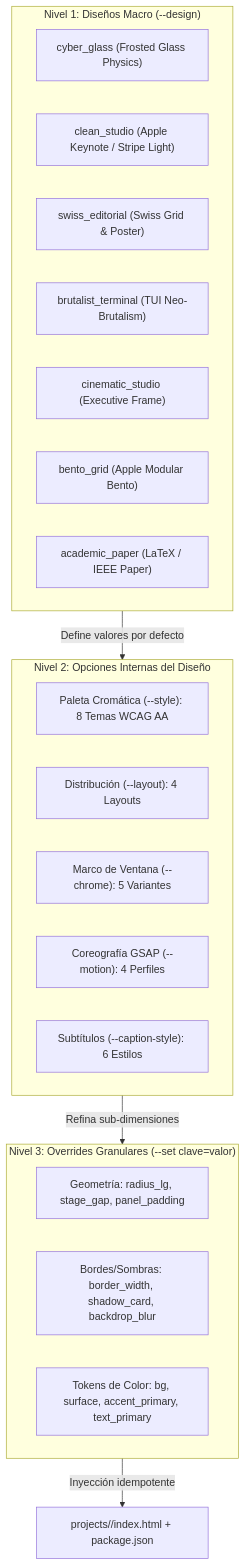
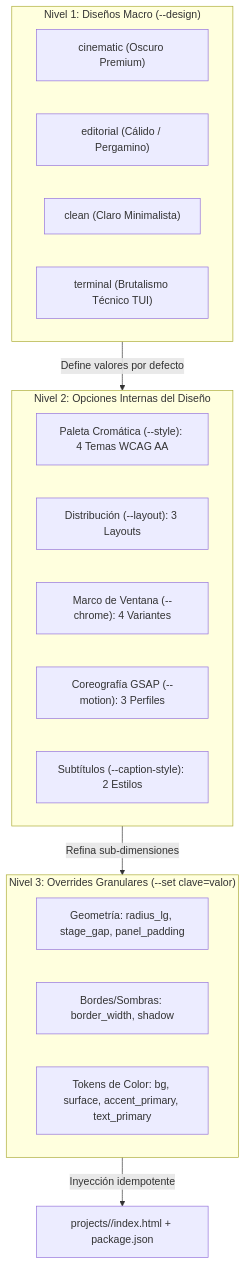
The diagram in docs/04-sistema-de-diseno/01-sistema-de-diseno-y-estilos.md (JorgeDoicela/video-pipeline), drawn with Mermaid before and after one commit. The commit also changed other lines of this file and 52 other files, not shown here.

````diff
--- a/docs/04-sistema-de-diseno/01-sistema-de-diseno-y-estilos.md
+++ b/docs/04-sistema-de-diseno/01-sistema-de-diseno-y-estilos.md
@@ -11,30 +11,27 @@
 ```mermaid
 flowchart TD
     subgraph N1 ["Nivel 1: Diseños Macro (--design)"]
-        D1["cyber_glass (Frosted Glass Physics)"]
-        D2["clean_studio (Apple Keynote / Stripe Light)"]
-        D3["swiss_editorial (Swiss Grid & Poster)"]
-        D4["brutalist_terminal (TUI Neo-Brutalism)"]
-        D5["cinematic_studio (Executive Frame)"]
-        D6["bento_grid (Apple Modular Bento)"]
-        D7["academic_paper (LaTeX / IEEE Paper)"]
+        D1["cinematic (Oscuro Premium)"]
+        D2["editorial (Cálido / Pergamino)"]
+        D3["clean (Claro Minimalista)"]
+        D4["terminal (Brutalismo Técnico TUI)"]
     end
 
     subgraph N2 ["Nivel 2: Opciones Internas del Diseño"]
-        S["Paleta Cromática (--style): 8 Temas WCAG AA"]
-        L["Distribución (--layout): 4 Layouts"]
-        C["Marco de Ventana (--chrome): 5 Variantes"]
-        M["Coreografía GSAP (--motion): 4 Perfiles"]
-        K["Subtítulos (--caption-style): 6 Estilos"]
+        S["Paleta Cromática (--style): 4 Temas WCAG AA"]
+        L["Distribución (--layout): 3 Layouts"]
+        C["Marco de Ventana (--chrome): 4 Variantes"]
+        M["Coreografía GSAP (--motion): 3 Perfiles"]
+        K["Subtítulos (--caption-style): 2 Estilos"]
     end
 
     subgraph N3 ["Nivel 3: Overrides Granulares (--set clave=valor)"]
         O1["Geometría: radius_lg, stage_gap, panel_padding"]
-        O2["Bordes/Sombras: border_width, shadow_card, backdrop_blur"]
+        O2["Bordes/Sombras: border_width, shadow"]
         O3["Tokens de Color: bg, surface, accent_primary, text_primary"]
     end
 
     N1 -->|"Define valores por defecto"| N2
     N2 -->|"Refina sub-dimensiones"| N3
     N3 -->|"Inyección idempotente"| HTML["projects/<slug>/index.html + package.json"]
 ```
````
